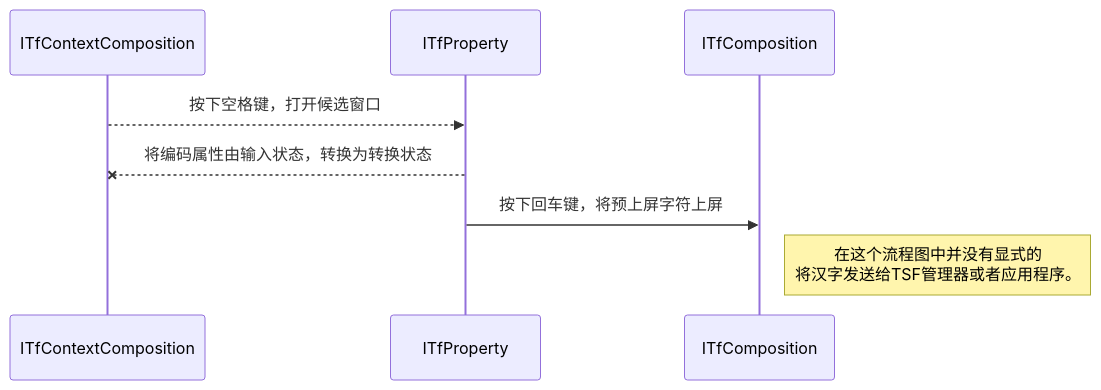
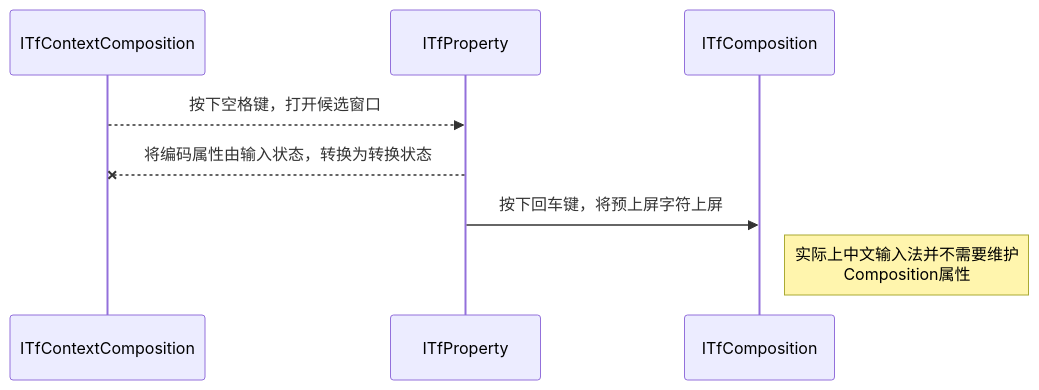
Before and after one commit to ChineseInputMethod/mumble: the second of 4 diagrams in 2023/5/1.md, drawn with Mermaid. The commit also changed other lines of this file, not shown here.

Commit message:
编辑流程图

````diff
--- a/2023/5/1.md
+++ b/2023/5/1.md
@@ -100,7 +111,7 @@
 ```mermaid
 sequenceDiagram
 ITfContextComposition -->> ITfProperty: 按下空格键，打开候选窗口
 ITfProperty--x ITfContextComposition: 将编码属性由输入状态，转换为转换状态
 ITfProperty->>ITfComposition: 按下回车键，将预上屏字符上屏
-Note right of ITfComposition: 在这个流程图中并没有显式的<br/>将汉字发送给TSF管理器或者应用程序。
+Note right of ITfComposition: 实际上中文输入法并不需要维护<br/>Composition属性
 ```
````
